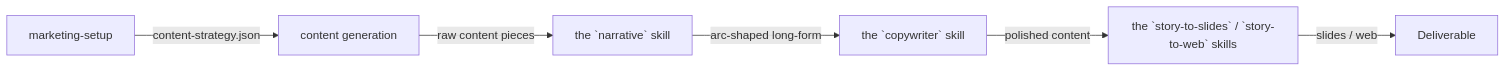
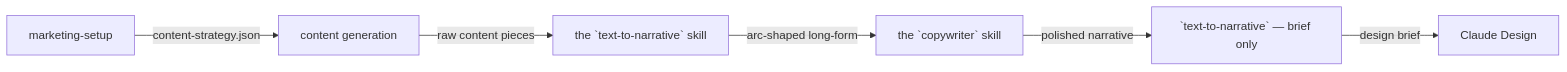
One commit to cogni-work/cogni-works changed the diagram in docs/workflows/content-pipeline.md. Above: the diagram before and after it, drawn with Mermaid. The commit also changed other lines of this file and 234 other files, not shown here.

First line of the commit message:
cogni-workspace: retire narrative, narrative-publish and the story-to-* producers in favour of text-to-narrative (#1893)

````diff
--- a/docs/workflows/content-pipeline.md
+++ b/docs/workflows/content-pipeline.md
@@ -7,8 +7,8 @@
 ```mermaid
 graph LR
     A[marketing-setup] -->|content-strategy.json| B[content generation]
-    B -->|raw content pieces| N[the `narrative` skill]
+    B -->|raw content pieces| N[the `text-to-narrative` skill]
     N -->|arc-shaped long-form| C[the `copywriter` skill]
-    C -->|polished content| D[the `story-to-slides` / `story-to-web` skills]
-    D -->|slides / web| E[Deliverable]
+    C -->|polished narrative| D[`text-to-narrative` — brief only]
+    D -->|design brief| E[Claude Design]
 ```
````
